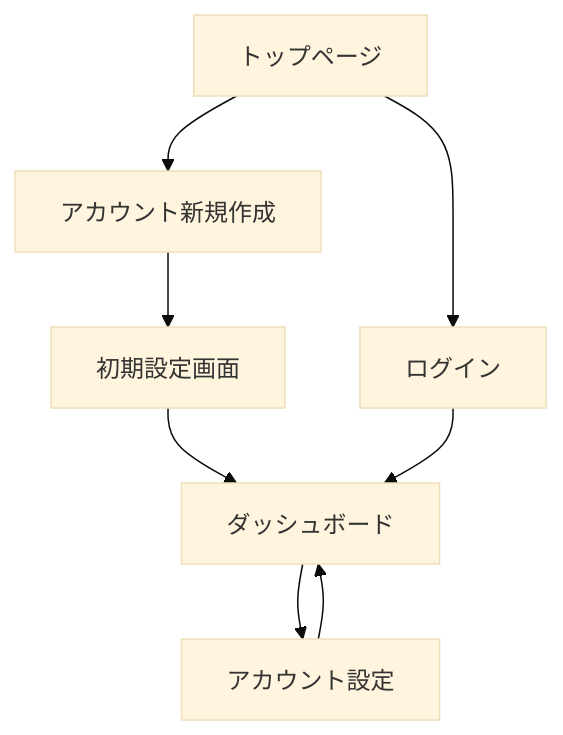
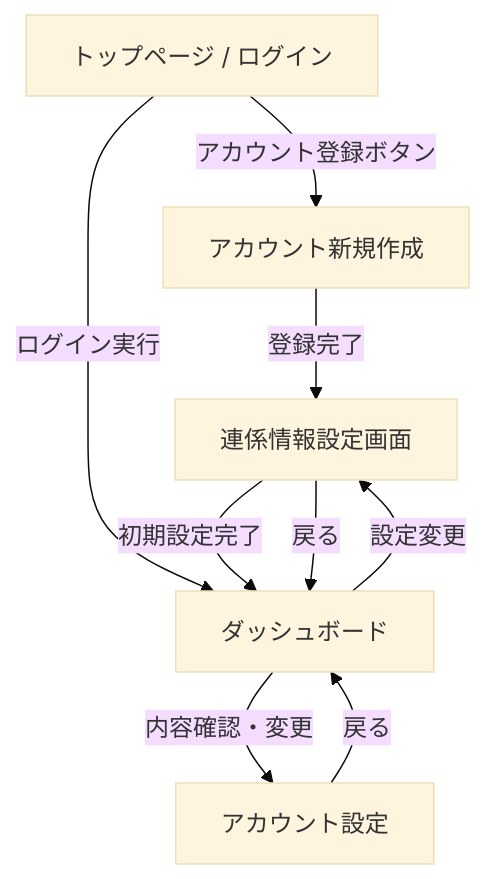
Before and after one commit to shimizu-tkmt/DcScrapingPlatform: the diagram in Doc/画面設計書.md, drawn with Mermaid (base theme). The commit also changed other lines of this file, not shown here.

````diff
--- a/Doc/画面設計書.md
+++ b/Doc/画面設計書.md
@@ -119,10 +124,11 @@
 ```mermaid
 graph TD
-    トップページ[トップページ] --> アカウント新規作成[アカウント新規作成]
-    トップページ[トップページ] --> ログイン[ログイン]
-    アカウント新規作成[アカウント新規作成] --> 初期設定画面[初期設定画面]
-    初期設定画面[初期設定画面] --> ダッシュボード[ダッシュボード]
-    ログイン[ログイン] --> ダッシュボード[ダッシュボード]
-    ダッシュボード[ダッシュボード] --> アカウント設定[アカウント設定]
-    アカウント設定[アカウント設定] --> ダッシュボード[ダッシュボード]
+    Top[トップページ / ログイン] -- アカウント登録ボタン --> Signup[アカウント新規作成]
+    Top -- ログイン実行 --> Dashboard[ダッシュボード]
+    Signup -- 登録完了 --> Config[連係情報設定画面]
+    Config -- 初期設定完了 --> Dashboard
+    Dashboard -- 設定変更 --> Config
+    Config -- 戻る --> Dashboard
+    Dashboard -- 内容確認・変更 --> Profile[アカウント設定]
+    Profile -- 戻る --> Dashboard
 ```
````
